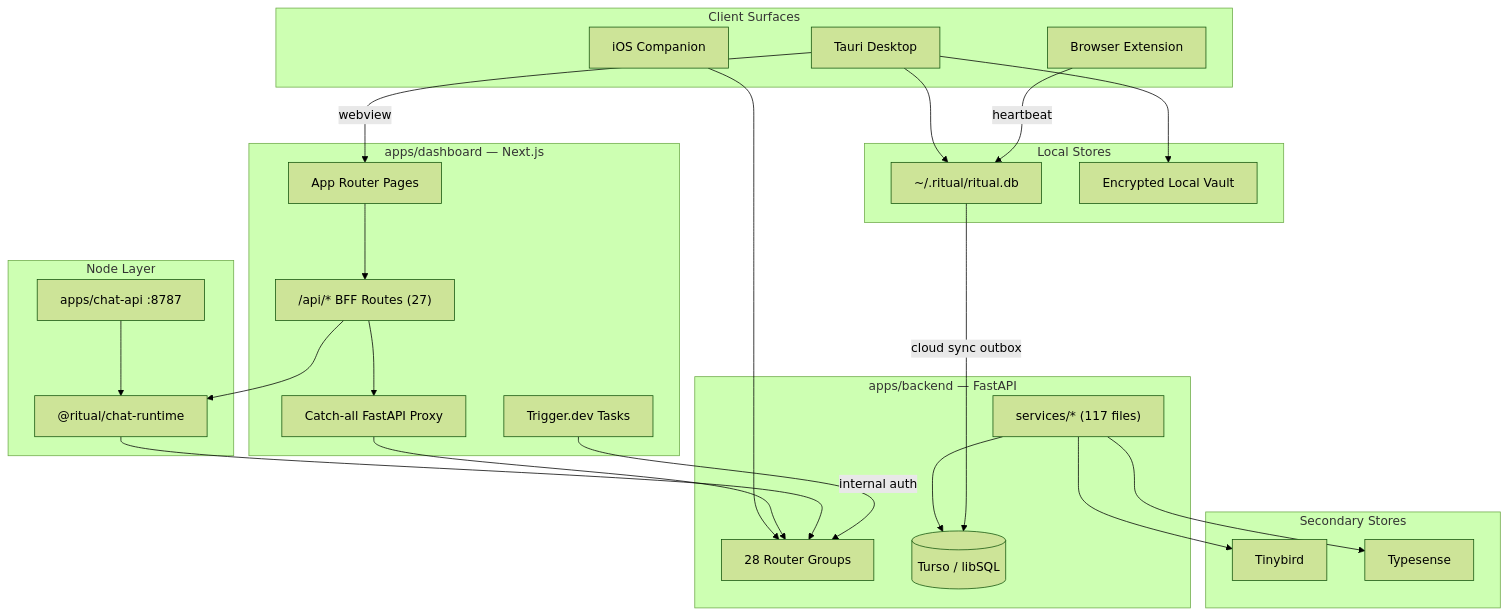
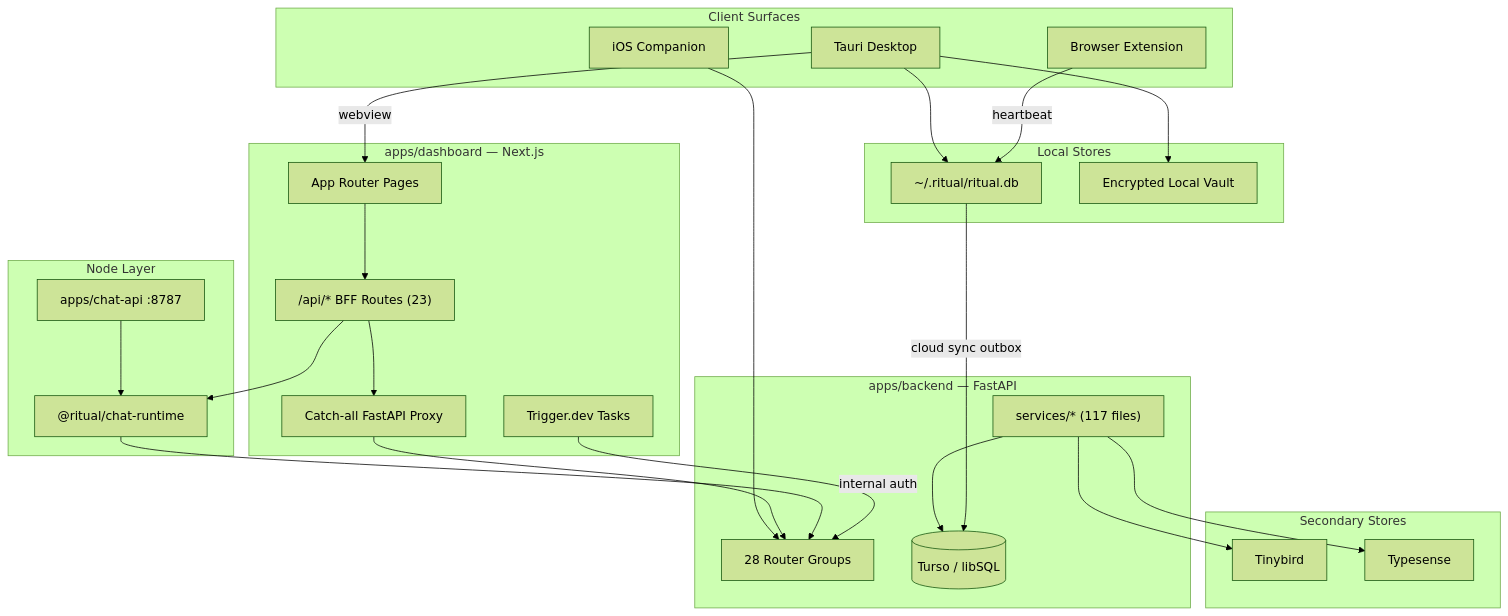
The diagram in docs/architecture/current-architecture.md (NickGardner0/ritual-desktop-main), drawn with Mermaid (forest theme) before and after one commit. The commit also changed other lines of this file and 21 other files, not shown here.

First line of the commit message:
Collapse leftover Next compatibility BFF onto FastAPI.

````diff
--- a/docs/architecture/current-architecture.md
+++ b/docs/architecture/current-architecture.md
@@ -116,53 +116,53 @@
 ```mermaid
 flowchart TB
   subgraph clients [Client Surfaces]
     Desktop[Tauri Desktop]
     iOS[iOS Companion]
     Ext[Browser Extension]
   end
 
   subgraph dashboard [apps/dashboard — Next.js]
     UI[App Router Pages]
-    BFF["/api/* BFF Routes (27)"]
+    BFF["/api/* BFF Routes (23)"]
     CatchAll["Catch-all FastAPI Proxy"]
     Trigger[Trigger.dev Tasks]
   end
 
   subgraph node [Node Layer]
     ChatRT["@ritual/chat-runtime"]
     ChatAPI["apps/chat-api :8787"]
   end
 
   subgraph backend [apps/backend — FastAPI]
     Routers[28 Router Groups]
     Services["services/* (117 files)"]
     DB[(Turso / libSQL)]
   end
 
   subgraph local [Local Stores]
     RitualDB["~/.ritual/ritual.db"]
     Vault[Encrypted Local Vault]
   end
 
   subgraph secondary [Secondary Stores]
     TB[Tinybird]
     TS[Typesense]
   end
 
   Desktop -->|webview| UI
   Desktop --> RitualDB
   Desktop --> Vault
   Ext -->|heartbeat| RitualDB
   iOS --> Routers
   UI --> BFF
   BFF --> CatchAll
   CatchAll --> Routers
   BFF --> ChatRT
   ChatAPI --> ChatRT
   ChatRT --> Routers
   Trigger -->|internal auth| Routers
   Services --> DB
   Services --> TB
   Services --> TS
   RitualDB -->|cloud sync outbox| DB
 ```
````
